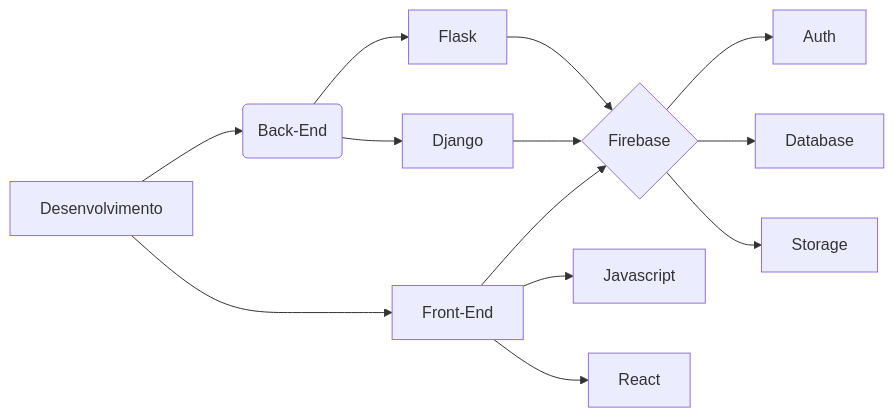
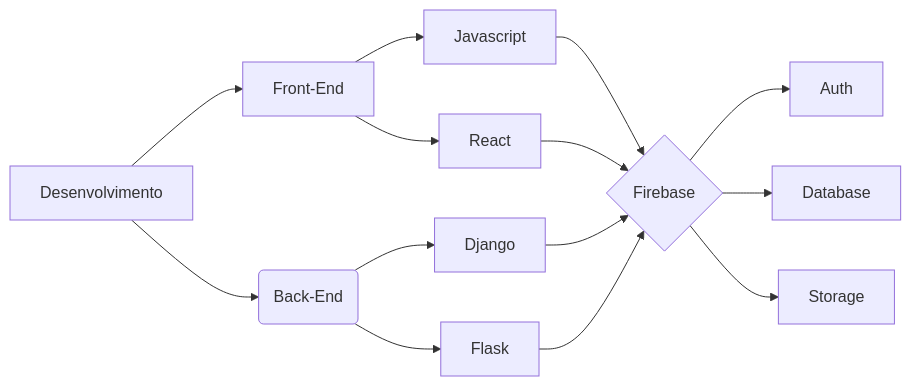
Before and after one commit to SauloCandeira/SauloCandeira: the first of 2 diagrams in README.md, drawn with Mermaid.

````diff
--- a/README.md
+++ b/README.md
@@ -60,18 +60,17 @@
 ```mermaid
 flowchart LR
 
 Z[Desenvolvimento] --> A[Front-End]
 Z  --> B
 
-A[Front-End] --> C{Firebase}
-A[Front-End] --> I[Javascript]
-A[Front-End] --> J[React]
+A[Front-End] --> I[Javascript] --> C{Firebase}
+A[Front-End] --> J[React] --> C{Firebase}
 
 B(Back-End) --> G[Django] --> C{Firebase}
 B(Back-End) --> H[Flask] --> C{Firebase}
 
 
 C --> D[Auth]
 C --> E[Database]
 C --> F[Storage]
 ```
````
